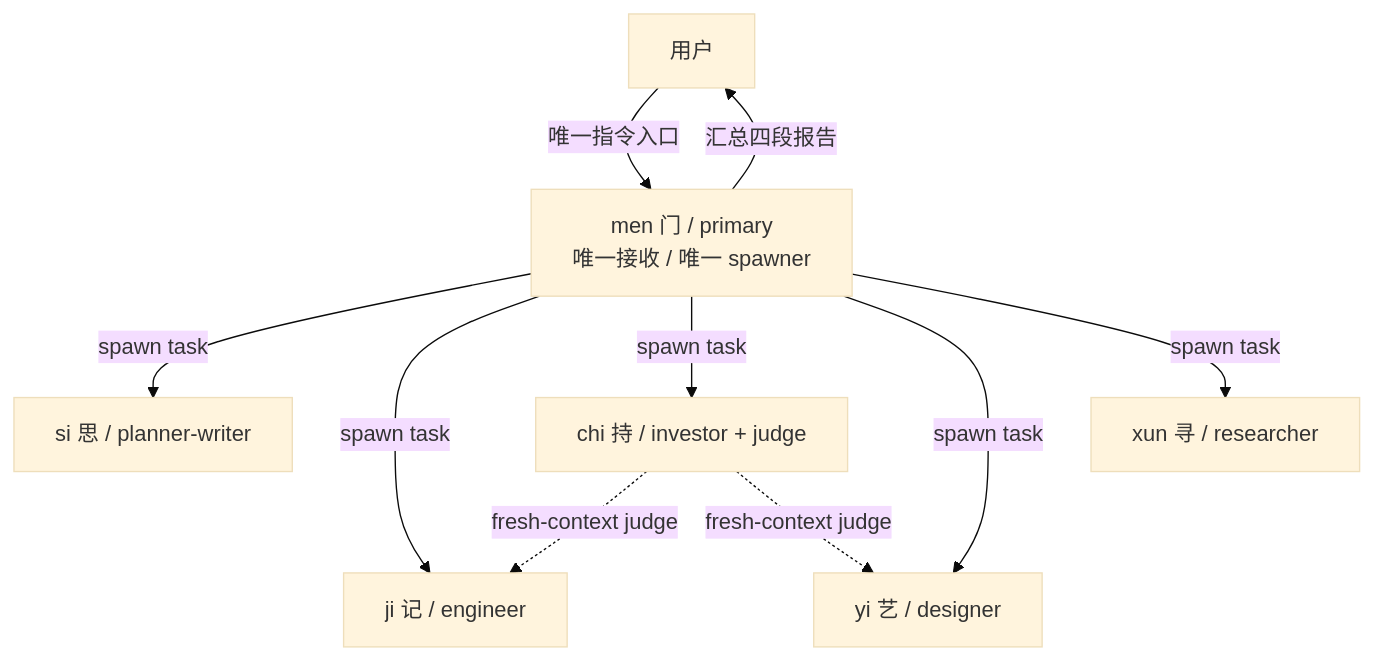
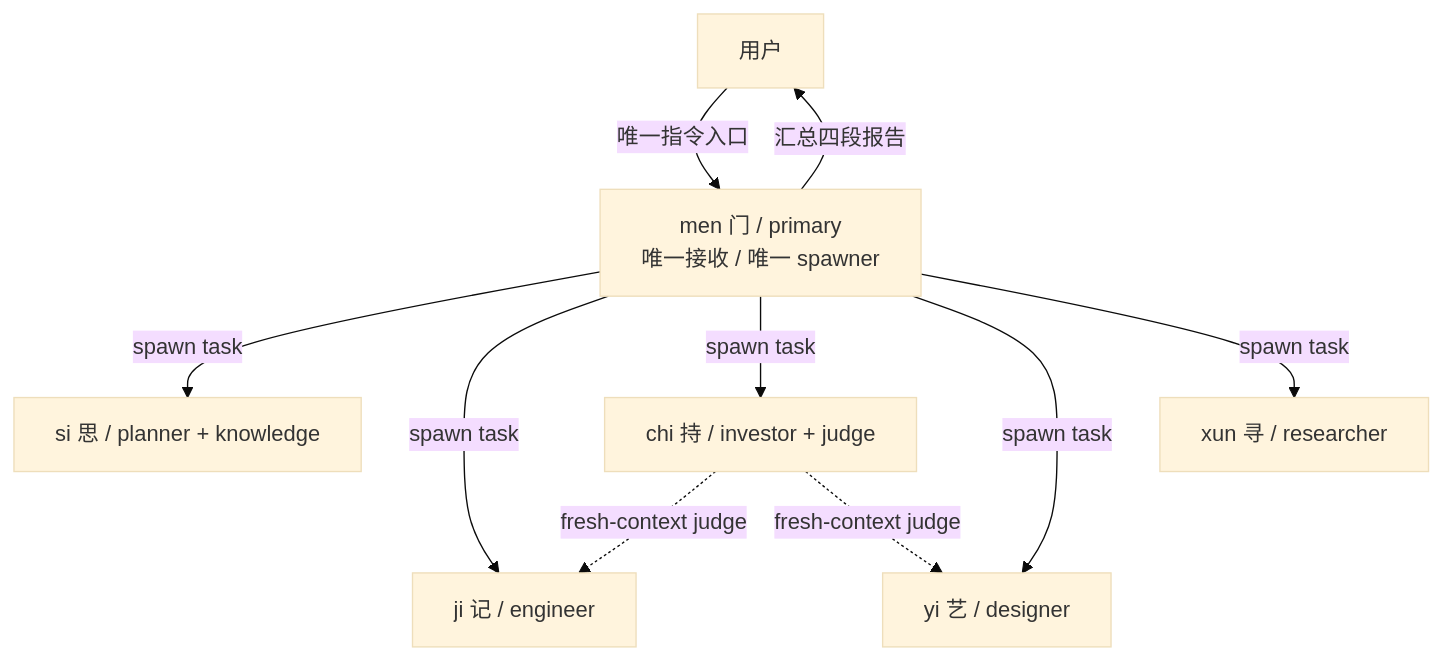
Before and after one commit to cgartlab/men: the first of 4 diagrams in docs/architecture.md, drawn with Mermaid (base theme). The commit also changed other lines of this file and 20 other files, not shown here.

````diff
--- a/docs/architecture.md
+++ b/docs/architecture.md
@@ -10,12 +10,12 @@
 ```mermaid
 graph TD
     U[用户] -->|唯一指令入口| men[men 门 / primary<br/>唯一接收 / 唯一 spawner]
-    men -->|spawn task| si[si 思 / planner-writer]
+    men -->|spawn task| si[si 思 / planner + knowledge]
     men -->|spawn task| ji[ji 记 / engineer]
     men -->|spawn task| chi[chi 持 / investor + judge]
     men -->|spawn task| yi[yi 艺 / designer]
     men -->|spawn task| xun[xun 寻 / researcher]
     chi -.->|fresh-context judge| ji
     chi -.->|fresh-context judge| yi
     men -->|汇总四段报告| U
 ```
````
